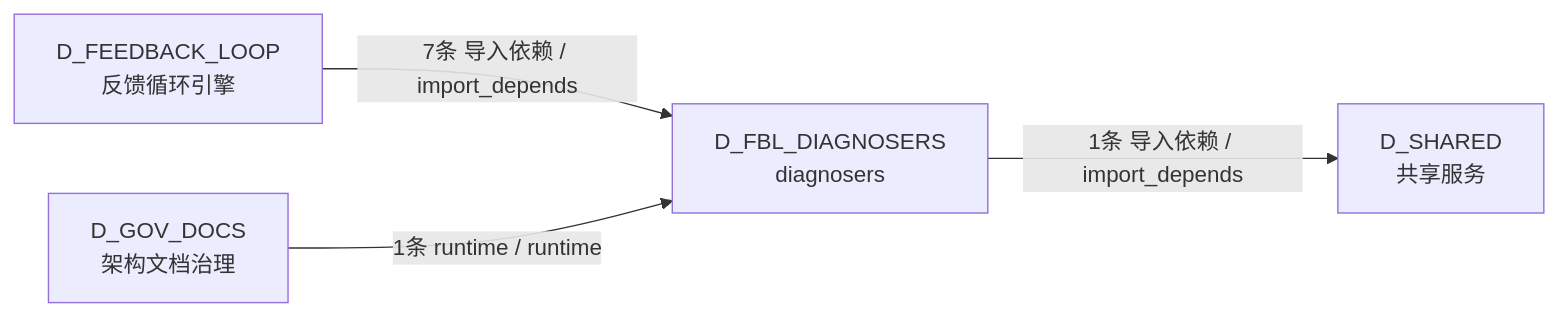
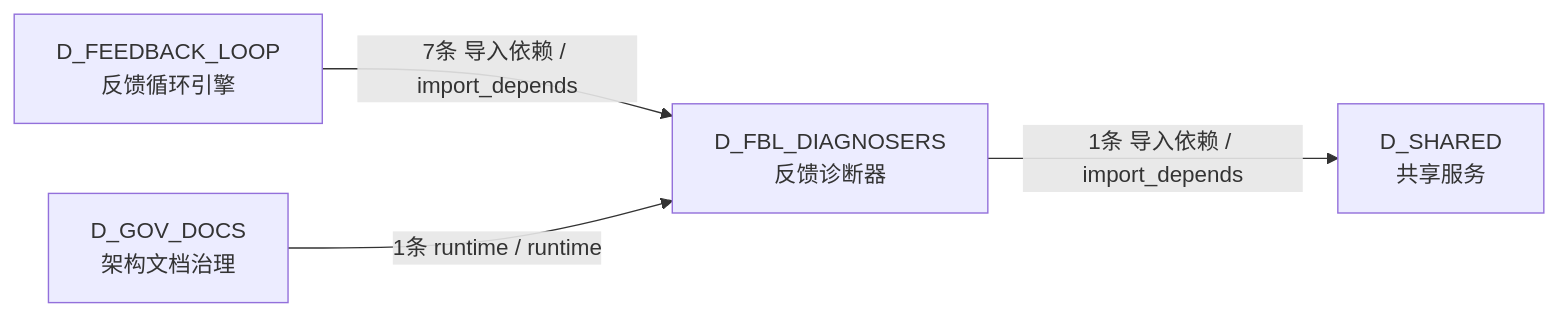
Before and after one commit to xuanFelixVan/ZephyrAlpha: the sixth of 6 diagrams in docs/02_enterprise_architecture/02_domain_architecture_docs/12_d_fbl_diagnosers.md, drawn with Mermaid. The commit also changed other lines of this file and 125 other files, not shown here.

````diff
--- a/docs/02_enterprise_architecture/02_domain_architecture_docs/12_d_fbl_diagnosers.md
+++ b/docs/02_enterprise_architecture/02_domain_architecture_docs/12_d_fbl_diagnosers.md
@@ -430,10 +430,10 @@
 ```mermaid
 graph LR
-    D_FBL_DIAGNOSERS["D_FBL_DIAGNOSERS<br/>diagnosers"]
+    D_FBL_DIAGNOSERS["D_FBL_DIAGNOSERS<br/>反馈诊断器"]
     D_SHARED["D_SHARED<br/>共享服务"]
     D_FEEDBACK_LOOP["D_FEEDBACK_LOOP<br/>反馈循环引擎"]
     D_GOV_DOCS["D_GOV_DOCS<br/>架构文档治理"]
     D_FBL_DIAGNOSERS -->|1条 导入依赖 / import_depends| D_SHARED
     D_FEEDBACK_LOOP -->|7条 导入依赖 / import_depends| D_FBL_DIAGNOSERS
     D_GOV_DOCS -->|1条 runtime / runtime| D_FBL_DIAGNOSERS
 ```
````
